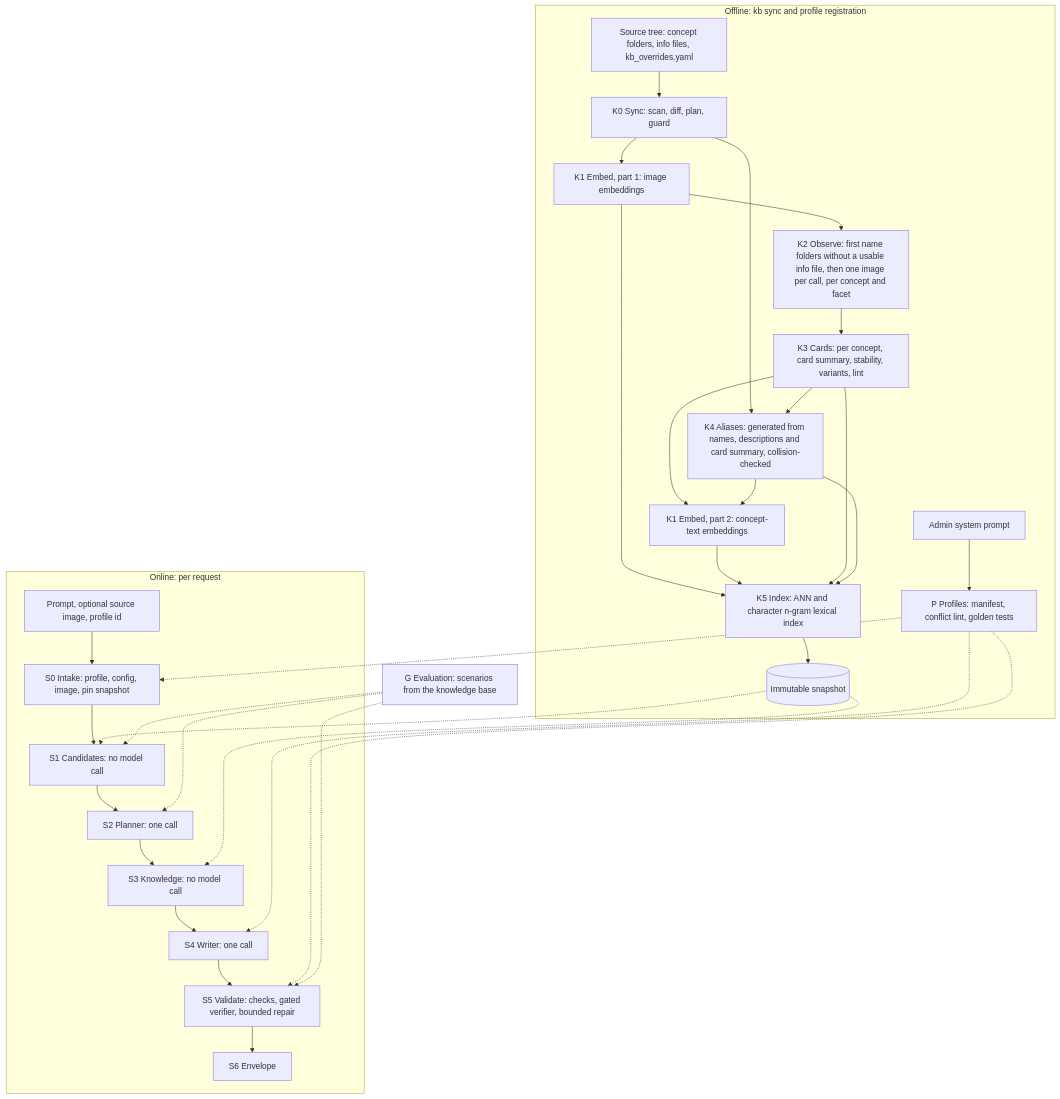
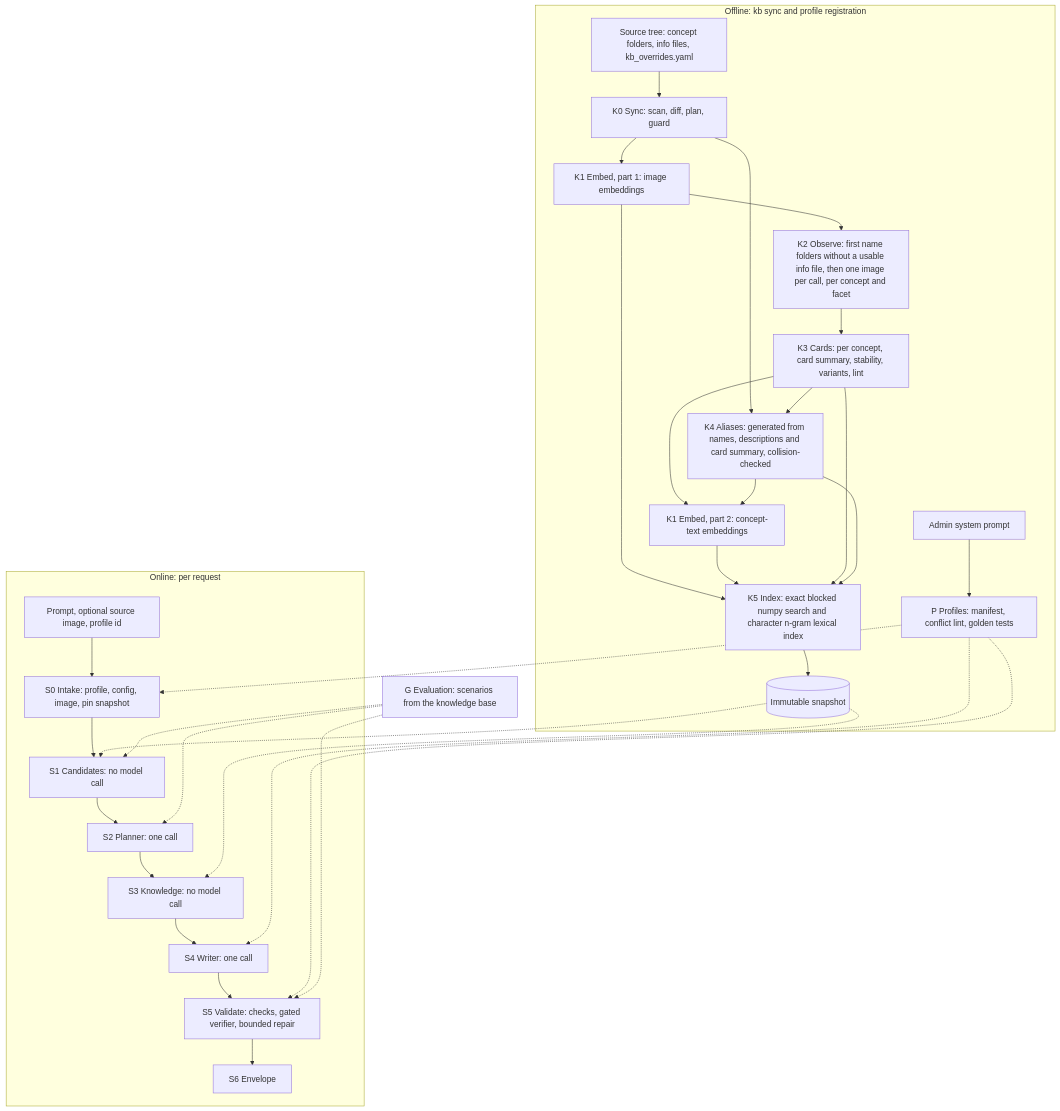
The diagram in docs/architecture.md (duongve13112002/prompt-enhancer-pipeline), drawn with Mermaid before and after one commit. The commit also changed 21 other files, not shown here.

````diff
--- a/docs/architecture.md
+++ b/docs/architecture.md
@@ -34,36 +34,36 @@
 ```mermaid
 flowchart TB
   subgraph OFF["Offline: kb sync and profile registration"]
     SRC[Source tree: concept folders, info files, kb_overrides.yaml] --> K0[K0 Sync: scan, diff, plan, guard]
     K0 --> K1I[K1 Embed, part 1: image embeddings]
     K1I --> K2[K2 Observe: first name folders without a usable info file, then one image per call, per concept and facet]
     K2 --> K3[K3 Cards: per concept, card summary, stability, variants, lint]
     K0 --> K4[K4 Aliases: generated from names, descriptions and card summary, collision-checked]
     K3 --> K4
     K3 --> K1T[K1 Embed, part 2: concept-text embeddings]
     K4 --> K1T
-    K1I --> K5[K5 Index: ANN and character n-gram lexical index]
+    K1I --> K5[K5 Index: exact blocked numpy search and character n-gram lexical index]
     K1T --> K5
     K3 --> K5
     K4 --> K5
     K5 --> SNAP[(Immutable snapshot)]
     SP[Admin system prompt] --> P[P Profiles: manifest, conflict lint, golden tests]
   end
   subgraph ON["Online: per request"]
     REQ[Prompt, optional source image, profile id] --> S0[S0 Intake: profile, config, image, pin snapshot]
     S0 --> S1[S1 Candidates: no model call]
     S1 --> S2[S2 Planner: one call]
     S2 --> S3[S3 Knowledge: no model call]
     S3 --> S4[S4 Writer: one call]
     S4 --> S5[S5 Validate: checks, gated verifier, bounded repair]
     S5 --> S6[S6 Envelope]
   end
   SNAP -.-> S1
   SNAP -.-> S3
   P -.-> S0
   P -.-> S4
   P -.-> S5
   G[G Evaluation: scenarios from the knowledge base] -.-> S1
   G -.-> S2
   G -.-> S5
 ```
````
